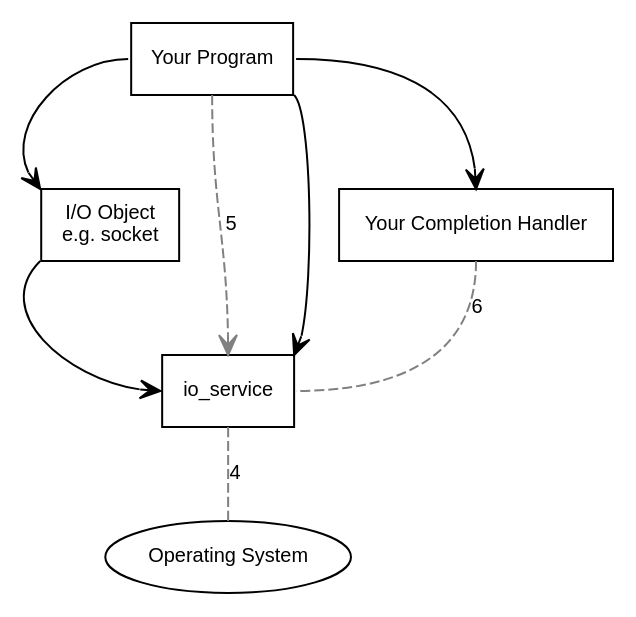
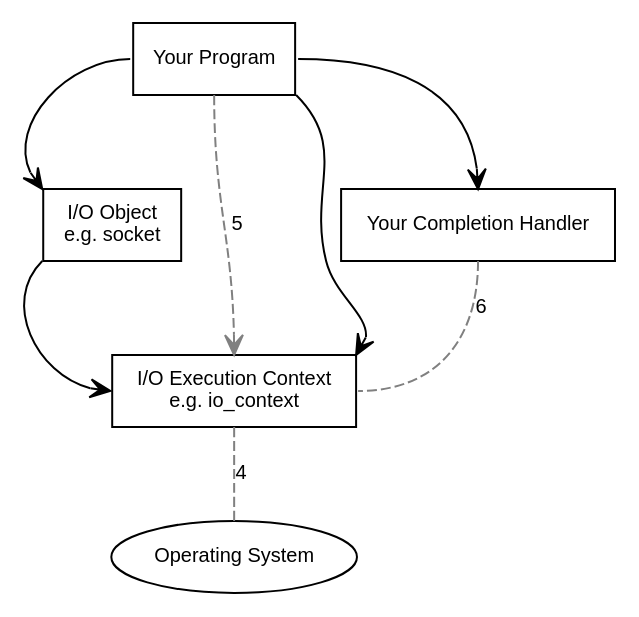
One commit to davidhuynh/externals changed the diagram in boost/libs/asio/doc/overview/async_op2.dot. Above: the diagram before and after it, drawn with Graphviz. The commit also changed 83601 other files, not shown here.

```diff
--- a/boost/libs/asio/doc/overview/async_op2.dot
+++ b/boost/libs/asio/doc/overview/async_op2.dot
@@ -1,78 +1,78 @@
 digraph g
 {
   graph
     [
       nodesep="0.2"
     ];
 
   edge
     [
       fontname="Helvetica",
       fontsize=10,
       labelfontname="Helvetica",
       labelfontsize=10
     ];
 
   node
     [
       fontname="Helvetica",
       fontsize=10,
       shape=box
     ];
 
   edge
     [
       arrowhead="open"
     ]
 
   // Program elements.
   {
     operating_system [ label="Operating System", shape=ellipse ];
-    io_service [ label="io_service" ];
+    io_context [ label="I/O Execution Context\ne.g. io_context" ];
     io_object [ label="I/O Object\ne.g. socket" ];
     your_program [ label="Your Program" ];
     your_completion_handler [ label="Your Completion Handler" ];
   }
 
   // Owning relationships.
   {
     edge [ arrowtail="diamond" ];
     your_program:e -> your_completion_handler:n;
     your_program:w -> io_object:nw;
-    your_program:se -> io_service:ne;
+    your_program:se -> io_context:ne;
   }
 
   // Non-owning relationships;
   {
-    io_object:sw -> io_service:w;
+    io_object:sw -> io_context:w;
   }
 
   // Visible actions.
   {
     edge [ style="dashed", color="#808080" ];
 
     // Forward actions.
     {
-      your_program:s -> io_service:n [ label="5" ];
+      your_program:s -> io_context:n [ label="5" ];
     }
 
     // Reverse actions.
     {
       edge [ arrowhead="none", arrowtail="open" ];
-      io_service:s -> operating_system:n [ label="4" ];
-      your_completion_handler:s -> io_service:e [ label="6" ];
+      io_context:s -> operating_system:n [ label="4" ];
+      your_completion_handler:s -> io_context:e [ label="6" ];
     }
   }
 
   // Invisible actions.
   {
     edge [ style="invis" ];
 
     // Forward actions.
     {
       your_program:sw -> io_object:n [ label="1" ];
-      io_object:s -> io_service:nw [ label="2" ];
-      //io_service:s -> operating_system:n [ label="3" ];
+      io_object:s -> io_context:nw [ label="2" ];
+      //io_context:s -> operating_system:n [ label="3" ];
     }
   }
 }
```
